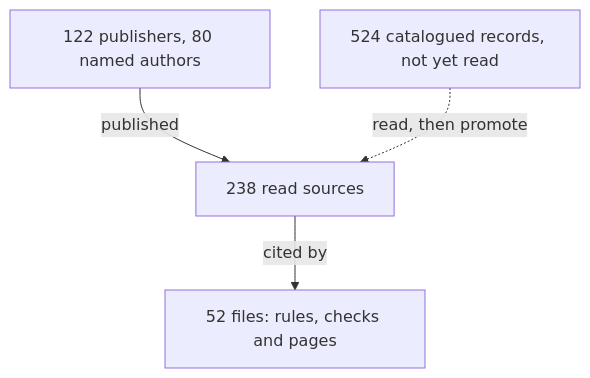
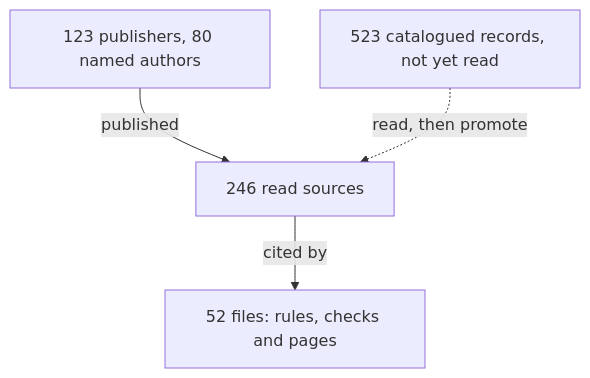
One commit to Valpatel/cad-agent changed the diagram in docs/practice/experts.md. Above: the diagram before and after it, drawn with Mermaid. The commit also changed other lines of this file and 18 other files, not shown here.

````diff
--- a/docs/practice/experts.md
+++ b/docs/practice/experts.md
@@ -6,7 +6,7 @@
 ```mermaid
 flowchart TD
-  P["122 publishers, 80 named authors"] -->|published| S["238 read sources"]
+  P["123 publishers, 80 named authors"] -->|published| S["246 read sources"]
   S -->|cited by| U["52 files: rules, checks and pages"]
-  C["524 catalogued records, not yet read"] -.->|read, then promote| S
+  C["523 catalogued records, not yet read"] -.->|read, then promote| S
   class S here
 ```
````
